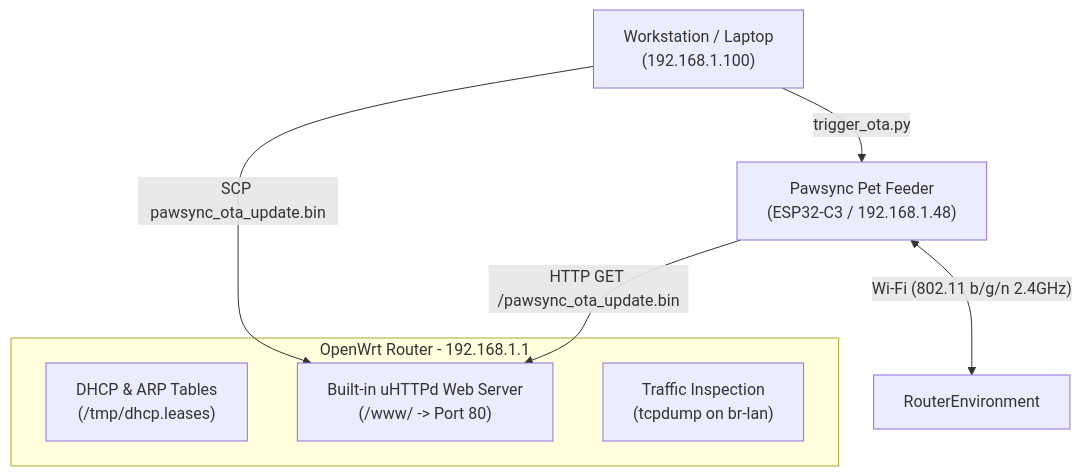
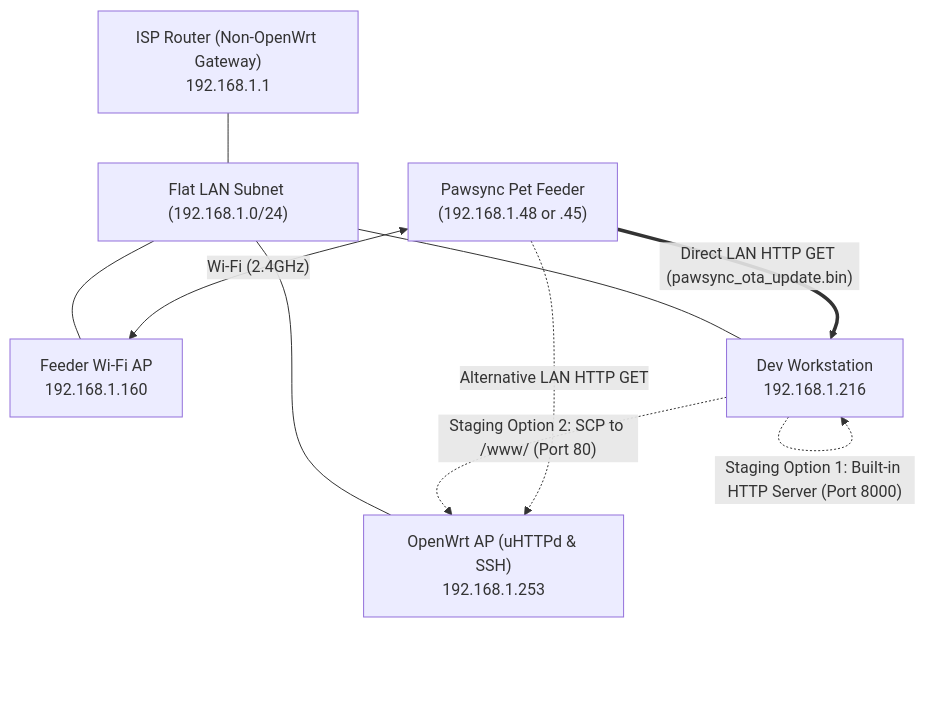
The diagram in docs/06_openwrt_and_hotspot_deployment_guide.md (sibero80/pawsync_esphome), drawn with Mermaid before and after one commit. The commit also changed other lines of this file and 1 other file, not shown here.

Commit message:
chore: establish baseline handover from pawsync_oma2

````diff
--- a/docs/06_openwrt_and_hotspot_deployment_guide.md
+++ b/docs/06_openwrt_and_hotspot_deployment_guide.md
@@ -16,13 +21,15 @@
 ```mermaid
 flowchart TD
-    subgraph Router Environment [OpenWrt Router - 192.168.1.1]
-        DHCP["DHCP & ARP Tables<br>(/tmp/dhcp.leases)"]
-        UHTTPD["Built-in uHTTPd Web Server<br>(/www/ -> Port 80)"]
-        TCPDUMP["Traffic Inspection<br>(tcpdump on br-lan)"]
-    end
+    ISP["ISP Router (Non-OpenWrt Gateway)<br>192.168.1.1"] --- Switch["Flat LAN Subnet (192.168.1.0/24)"]
+    Switch --- FeederAP["Feeder Wi-Fi AP<br>192.168.1.160"]
+    Switch --- OpenWrtAP["OpenWrt AP (uHTTPd & SSH)<br>192.168.1.253"]
+    Switch --- DevPC["Dev Workstation<br>192.168.1.216"]
 
-    Feeder["Pawsync Pet Feeder<br>(ESP32-C3 / 192.168.1.48)"] <-->|"Wi-Fi (802.11 b/g/n 2.4GHz)"| RouterEnvironment
-    Operator["Workstation / Laptop<br>(192.168.1.100)"] -->|"SCP pawsync_ota_update.bin"| UHTTPD
-    Operator -->|"trigger_ota.py"| Feeder
-    Feeder -->|"HTTP GET /pawsync_ota_update.bin"| UHTTPD
+    Feeder["Pawsync Pet Feeder<br>(192.168.1.48 or .45)"] <-->|"Wi-Fi (2.4GHz)"| FeederAP
+    
+    DevPC -.->|"Staging Option 1: Built-in HTTP Server (Port 8000)"| DevPC
+    DevPC -.->|"Staging Option 2: SCP to /www/ (Port 80)"| OpenWrtAP
+
+    Feeder ==>|"Direct LAN HTTP GET (pawsync_ota_update.bin)"| DevPC
+    Feeder -.->|"Alternative LAN HTTP GET"| OpenWrtAP
 ```
````
